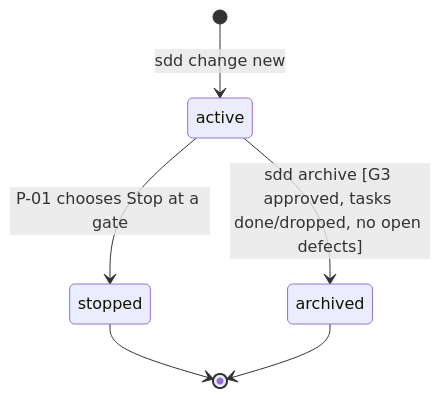
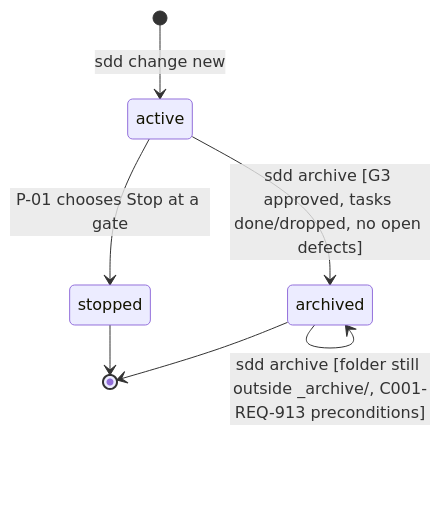
One commit to jlacube/spec-architect changed the second of 4 diagrams in .sdd/001-architect-agent-suite/10-spec/40-domain/state-machines.md. Above: the diagram before and after it, drawn with Mermaid. The commit also changed other lines of this file and 6 other files, not shown here.

Commit message:
CHG-001: spec revision D-015 (test-designer, spec-writer, architect) — C001-AC-924.1, C001-TS-925 (6 rows), coverage row; state-machine resume arrow; archive CLI and command rows, COMP-06 and the archive sequence cite REQ-924

````diff
--- a/.sdd/001-architect-agent-suite/10-spec/40-domain/state-machines.md
+++ b/.sdd/001-architect-agent-suite/10-spec/40-domain/state-machines.md
@@ -42,8 +42,9 @@
 ```mermaid
 stateDiagram-v2
   [*] --> active : sdd change new
   active --> stopped : P-01 chooses Stop at a gate
   active --> archived : sdd archive [G3 approved, tasks done/dropped, no open defects]
+  archived --> archived : sdd archive [folder still outside _archive/, C001-REQ-913 preconditions]
   stopped --> [*]
   archived --> [*]
 ```
````
